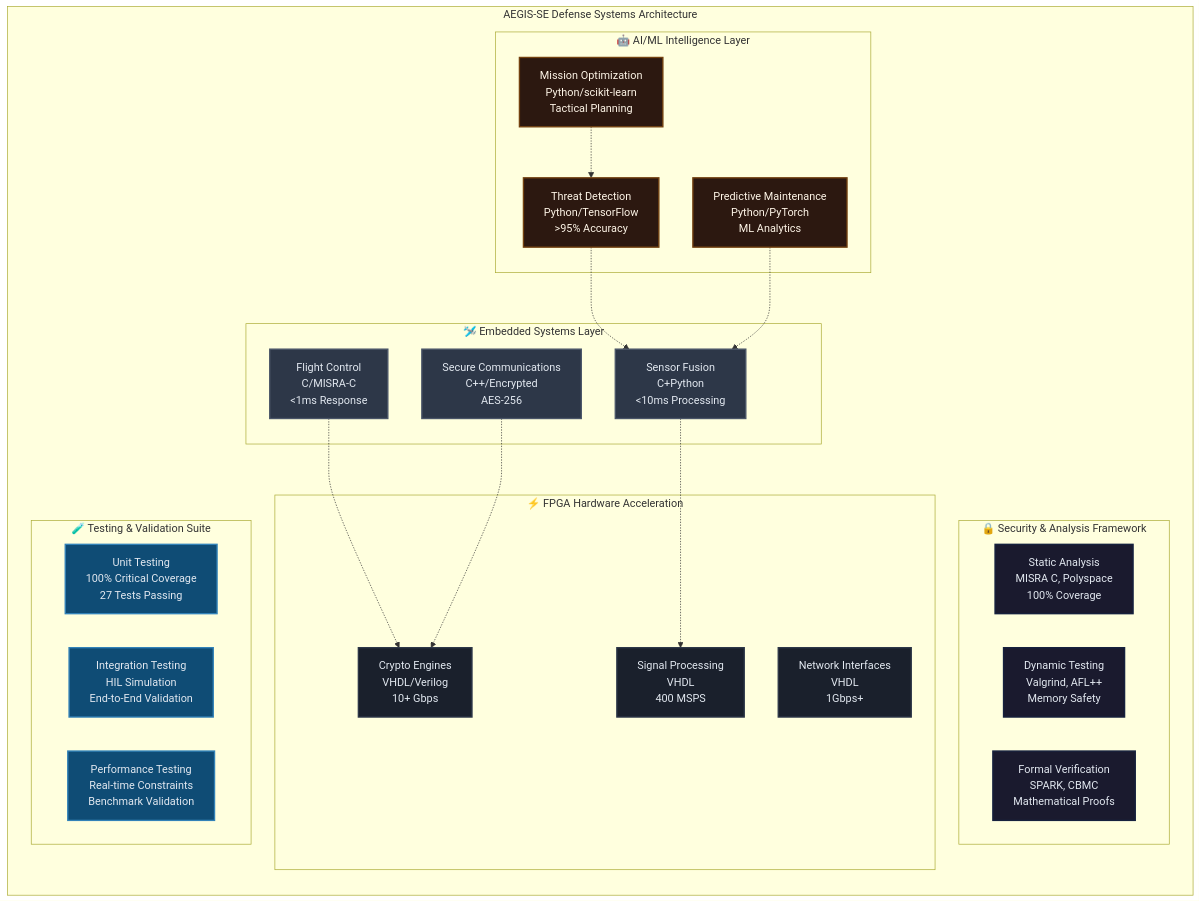
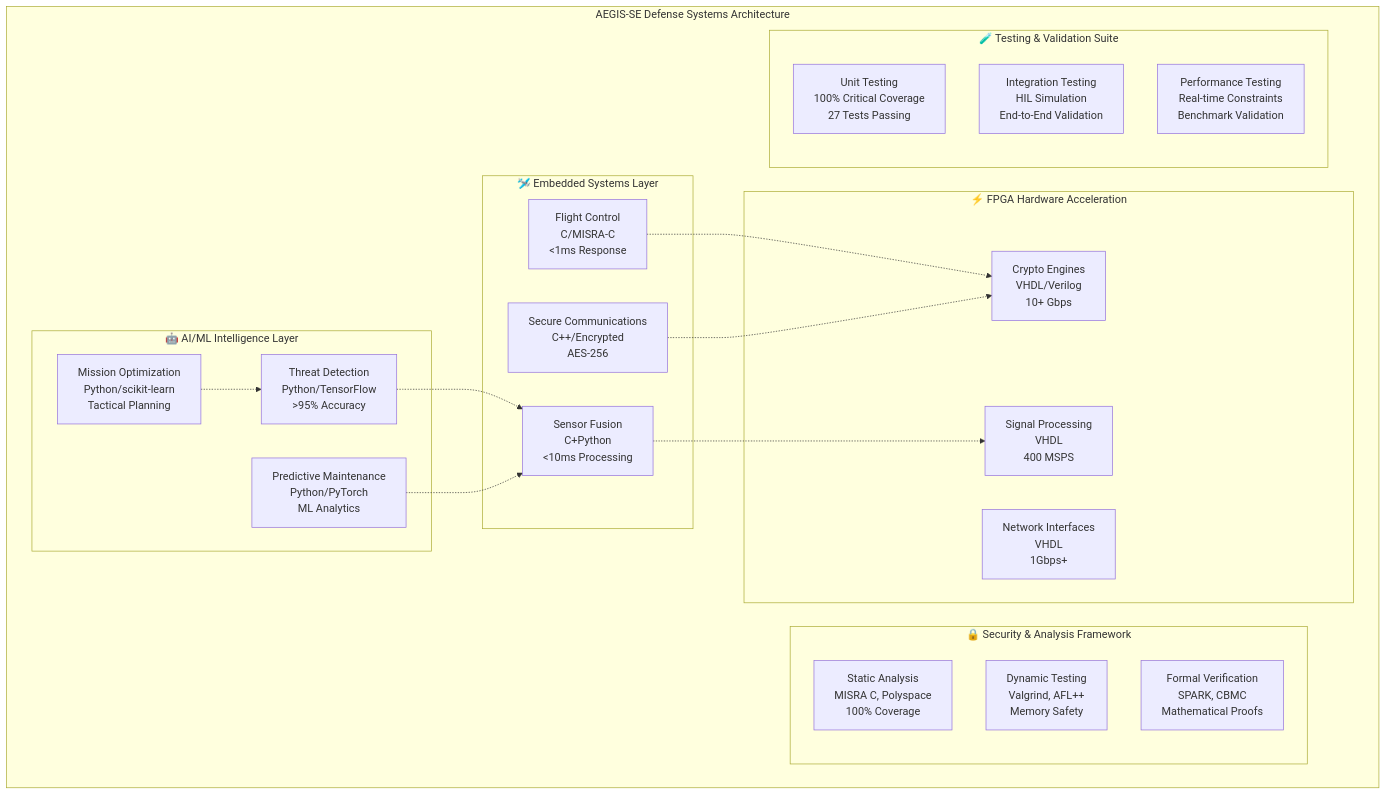
One commit to hkevin01/AEGIS-SE changed the first of 5 diagrams in README.md. Above: the diagram before and after it, drawn with Mermaid. The commit also changed other lines of this file and 1 other file, not shown here.

Commit message:
Refactor technology stack documentation: update mindmap, add development environment and integration flow sections for clarity and completeness

````diff
--- a/README.md
+++ b/README.md
@@ -99,51 +99,41 @@
 ```mermaid
 graph TB
-    %% Define dark theme styles
-    classDef embeddedClass fill:#2d3748,stroke:#4a5568,stroke-width:2px,color:#e2e8f0
-    classDef fpgaClass fill:#1a202c,stroke:#2d3748,stroke-width:2px,color:#e2e8f0
-    classDef aimlClass fill:#2c1810,stroke:#744210,stroke-width:2px,color:#fef5e7
-    classDef securityClass fill:#1a1a2e,stroke:#16213e,stroke-width:2px,color:#e2e8f0
-    classDef testingClass fill:#0f4c75,stroke:#3282b8,stroke-width:2px,color:#e2e8f0
-
     subgraph "AEGIS-SE Defense Systems Architecture"
-        direction TB
-
         subgraph "🛩️ Embedded Systems Layer"
-            FC[Flight Control<br/>C/MISRA-C<br/>&lt;1ms Response]:::embeddedClass
-            SC[Secure Communications<br/>C++/Encrypted<br/>AES-256]:::embeddedClass
-            SF[Sensor Fusion<br/>C+Python<br/>&lt;10ms Processing]:::embeddedClass
+            FC["Flight Control<br/>C/MISRA-C<br/><1ms Response"]
+            SC["Secure Communications<br/>C++/Encrypted<br/>AES-256"]
+            SF["Sensor Fusion<br/>C+Python<br/><10ms Processing"]
         end
 
         subgraph "⚡ FPGA Hardware Acceleration"
-            SP[Signal Processing<br/>VHDL<br/>400 MSPS]:::fpgaClass
-            CE[Crypto Engines<br/>VHDL/Verilog<br/>10+ Gbps]:::fpgaClass
-            NI[Network Interfaces<br/>VHDL<br/>1Gbps+]:::fpgaClass
+            SP["Signal Processing<br/>VHDL<br/>400 MSPS"]
+            CE["Crypto Engines<br/>VHDL/Verilog<br/>10+ Gbps"]
+            NI["Network Interfaces<br/>VHDL<br/>1Gbps+"]
         end
 
         subgraph "🤖 AI/ML Intelligence Layer"
-            TD[Threat Detection<br/>Python/TensorFlow<br/>&gt;95% Accuracy]:::aimlClass
-            PM[Predictive Maintenance<br/>Python/PyTorch<br/>ML Analytics]:::aimlClass
-            MO[Mission Optimization<br/>Python/scikit-learn<br/>Tactical Planning]:::aimlClass
+            TD["Threat Detection<br/>Python/TensorFlow<br/>>95% Accuracy"]
+            PM["Predictive Maintenance<br/>Python/PyTorch<br/>ML Analytics"]
+            MO["Mission Optimization<br/>Python/scikit-learn<br/>Tactical Planning"]
         end
 
         subgraph "🔒 Security & Analysis Framework"
-            SA[Static Analysis<br/>MISRA C, Polyspace<br/>100% Coverage]:::securityClass
-            DT[Dynamic Testing<br/>Valgrind, AFL++<br/>Memory Safety]:::securityClass
-            FV[Formal Verification<br/>SPARK, CBMC<br/>Mathematical Proofs]:::securityClass
+            SA["Static Analysis<br/>MISRA C, Polyspace<br/>100% Coverage"]
+            DT["Dynamic Testing<br/>Valgrind, AFL++<br/>Memory Safety"]
+            FV["Formal Verification<br/>SPARK, CBMC<br/>Mathematical Proofs"]
         end
 
         subgraph "🧪 Testing & Validation Suite"
-            UT[Unit Testing<br/>100% Critical Coverage<br/>27 Tests Passing]:::testingClass
-            IT[Integration Testing<br/>HIL Simulation<br/>End-to-End Validation]:::testingClass
-            PT[Performance Testing<br/>Real-time Constraints<br/>Benchmark Validation]:::testingClass
+            UT["Unit Testing<br/>100% Critical Coverage<br/>27 Tests Passing"]
+            IT["Integration Testing<br/>HIL Simulation<br/>End-to-End Validation"]
+            PT["Performance Testing<br/>Real-time Constraints<br/>Benchmark Validation"]
         end
     end
 
-    %% Connections
     FC -.-> CE
     SC -.-> CE
     SF -.-> SP
     TD -.-> SF
     PM -.-> SF
     MO -.-> TD
 ```
````
